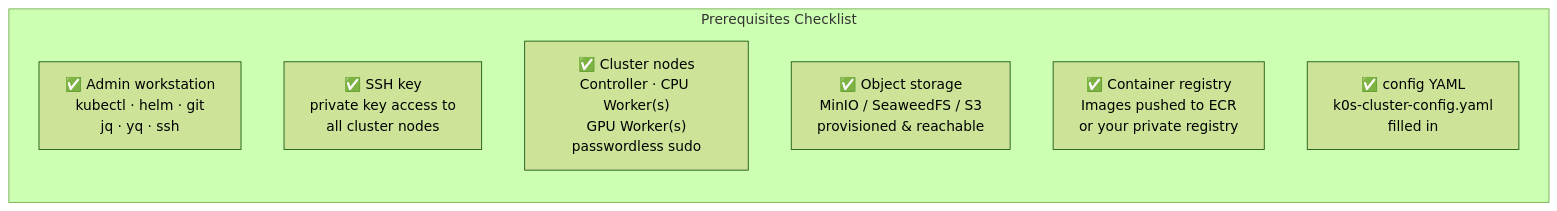
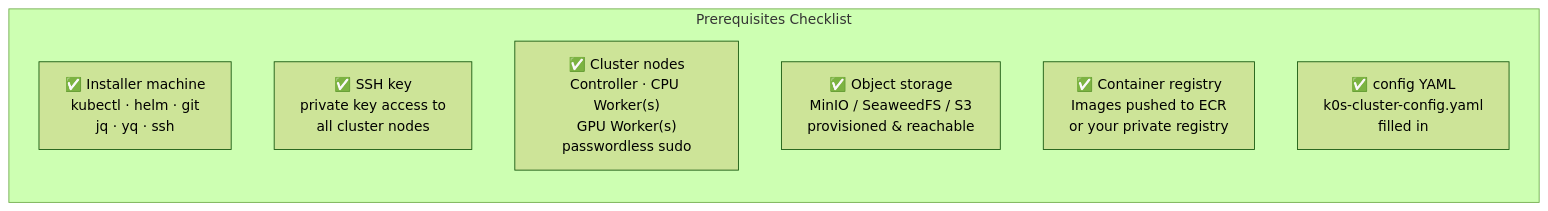
One commit to splunk/splunk-ai-operator changed the third of 11 diagrams in tools/cluster_setup/DEPLOYMENT_GUIDE.md. Above: the diagram before and after it, drawn with Mermaid (forest theme). The commit also changed other lines of this file and 9 other files, not shown here.

````diff
--- a/tools/cluster_setup/DEPLOYMENT_GUIDE.md
+++ b/tools/cluster_setup/DEPLOYMENT_GUIDE.md
@@ -216,12 +246,12 @@
 ```mermaid
 flowchart LR
     subgraph PRE["Prerequisites Checklist"]
         direction TB
-        A["✅ Admin workstation\nkubectl · helm · git\njq · yq · ssh"]
+        A["✅ Installer machine\nkubectl · helm · git\njq · yq · ssh"]
         B["✅ SSH key\nprivate key access to\nall cluster nodes"]
         C["✅ Cluster nodes\nController · CPU Worker(s)\nGPU Worker(s)\npasswordless sudo"]
         D["✅ Object storage\nMinIO / SeaweedFS / S3\nprovisioned & reachable"]
         E["✅ Container registry\nImages pushed to ECR\nor your private registry"]
         F["✅ config YAML\nk0s-cluster-config.yaml\nfilled in"]
     end
 ```
````
